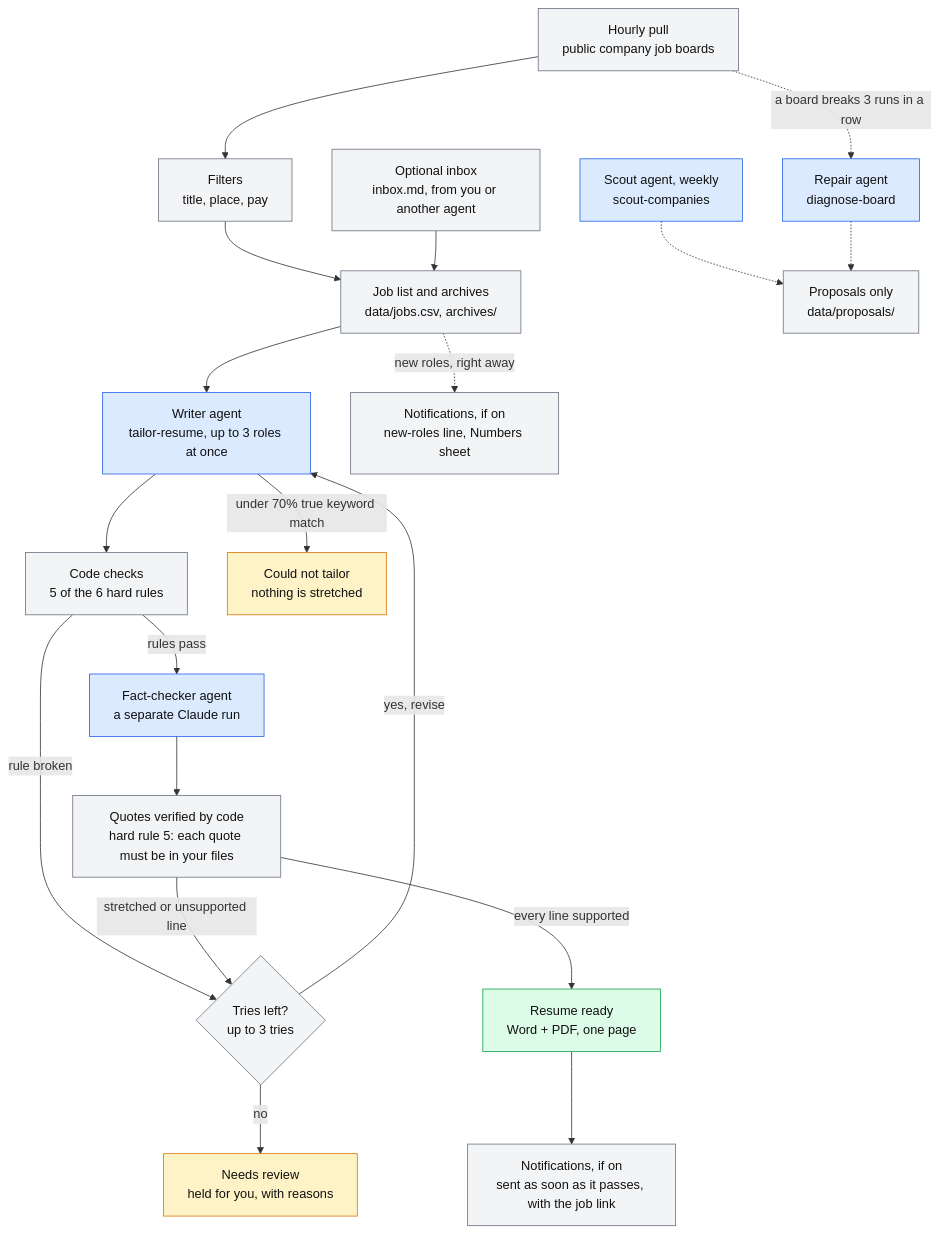
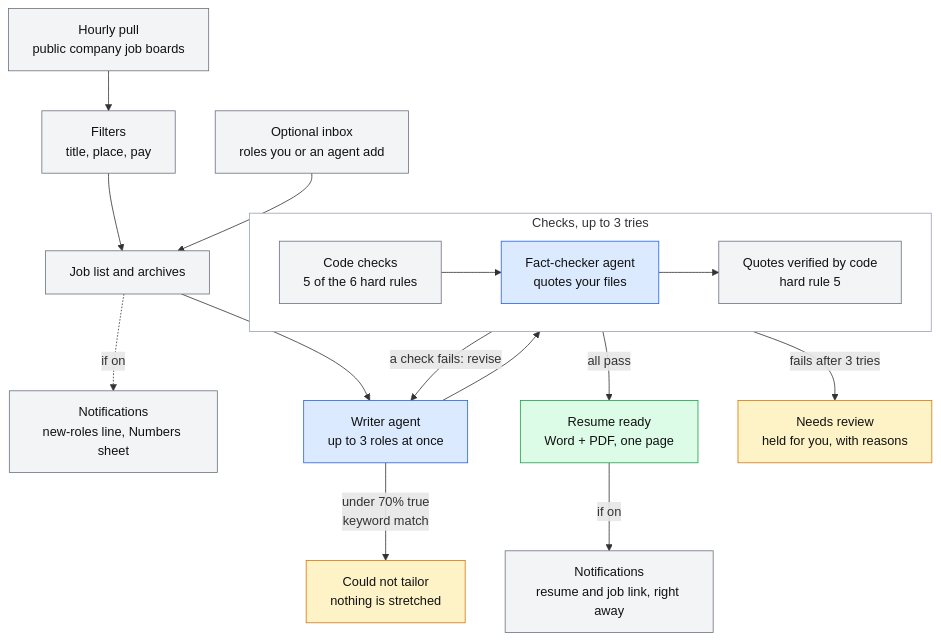
Before and after one commit to mwoodwilson/agentic-job-search: the first of 2 diagrams in README.md, drawn with Mermaid. The commit also changed other lines of this file and 1 other file, not shown here.

Commit message:
README: cleaner How it works chart (checks grouped, short retry loop); side agents in their own chart
Claude-Session: https://claude.ai/code/session_01YBxg1YV6fFDpLR3RzaiNDQ

````diff
--- a/README.md
+++ b/README.md
@@ -17,31 +17,30 @@
 ```mermaid
 flowchart TD
     pull["Hourly pull<br/>public company job boards"] --> filters["Filters<br/>title, place, pay"]
-    filters --> list["Job list and archives<br/>data/jobs.csv, archives/"]
-    inbox["Optional inbox<br/>inbox.md, from you or another agent"] --> list
-    list --> writer["Writer agent<br/>tailor-resume, up to 3 roles at once"]
-    writer --> code["Code checks<br/>5 of the 6 hard rules"]
-    writer -->|"under 70% true keyword match"| could["Could not tailor<br/>nothing is stretched"]
-    code -->|"rules pass"| checker["Fact-checker agent<br/>a separate Claude run"]
-    checker --> quotes["Quotes verified by code<br/>hard rule 5: each quote must be in your files"]
-    code -->|"rule broken"| tries
-    quotes -->|"stretched or unsupported line"| tries{"Tries left?<br/>up to 3 tries"}
-    tries -->|"yes, revise"| writer
-    tries -->|"no"| review["Needs review<br/>held for you, with reasons"]
-    quotes -->|"every line supported"| files["Resume ready<br/>Word + PDF, one page"]
-    files --> notify["Notifications, if on<br/>sent as soon as it passes, with the job link"]
-    list -.->|"new roles, right away"| sheet["Notifications, if on<br/>new-roles line, Numbers sheet"]
+    filters --> list["Job list and archives"]
+    inbox["Optional inbox<br/>roles you or an agent add"] --> list
+    list -.->|"if on"| sheet["Notifications<br/>new-roles line, Numbers sheet"]
+    list --> writer["Writer agent<br/>up to 3 roles at once"]
+    writer -->|"under 70% true<br/>keyword match"| could["Could not tailor<br/>nothing is stretched"]
+    writer --> checks
 
-    pull -.->|"a board breaks 3 runs in a row"| repair["Repair agent<br/>diagnose-board"]
-    scout["Scout agent, weekly<br/>scout-companies"] -.-> proposals["Proposals only<br/>data/proposals/"]
-    repair -.-> proposals
+    subgraph checks["Checks, up to 3 tries"]
+        direction LR
+        code["Code checks<br/>5 of the 6 hard rules"] --> checker["Fact-checker agent<br/>quotes your files"] --> quotes["Quotes verified by code<br/>hard rule 5"]
+    end
+
+    checks -->|"a check fails: revise"| writer
+    checks -->|"all pass"| ready["Resume ready<br/>Word + PDF, one page"]
+    checks -->|"fails after 3 tries"| review["Needs review<br/>held for you, with reasons"]
+    ready -->|"if on"| send["Notifications<br/>resume and job link, right away"]
 
     classDef agent fill:#dbeafe,stroke:#2563eb,color:#111
     classDef plain fill:#f3f4f6,stroke:#6b7280,color:#111
     classDef good fill:#dcfce7,stroke:#16a34a,color:#111
     classDef held fill:#fef3c7,stroke:#d97706,color:#111
-    class writer,checker,repair,scout agent
-    class pull,filters,list,inbox,code,quotes,tries,notify,sheet,proposals plain
-    class files good
+    class writer,checker agent
+    class pull,filters,list,inbox,code,quotes,send,sheet plain
+    class ready good
     class could,review held
+    style checks fill:#ffffff,stroke:#9ca3af
 ```
````
